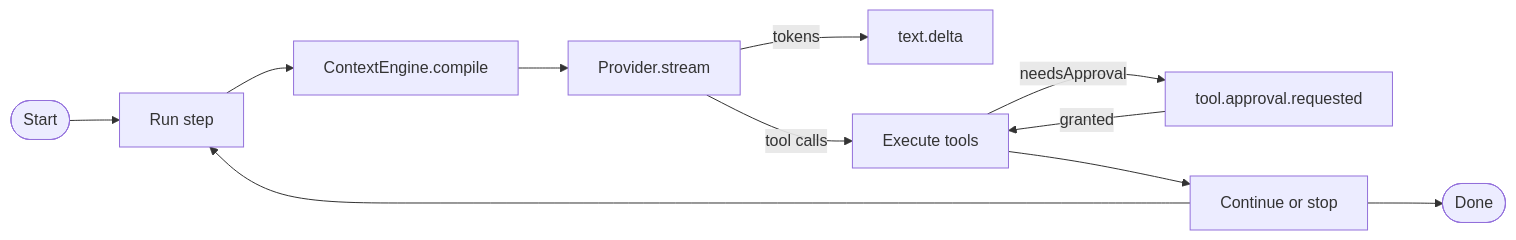
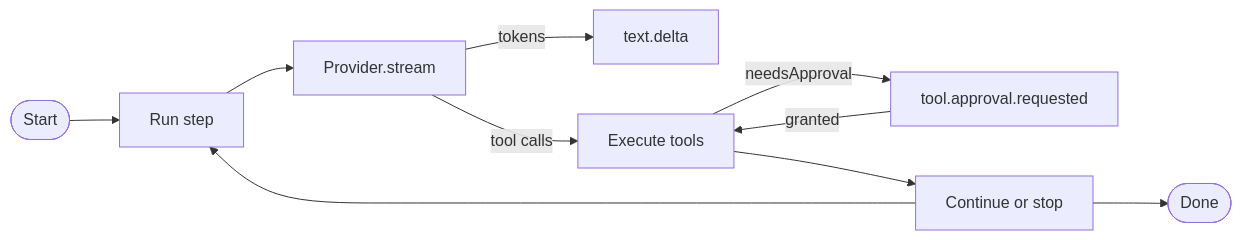
Before and after one commit to o-stepper/graphorin: the first of 2 diagrams in documentation/guide/agent-runtime.md, drawn with Mermaid. The commit also changed other lines of this file and 111 other files, not shown here.

````diff
--- a/documentation/guide/agent-runtime.md
+++ b/documentation/guide/agent-runtime.md
@@ -96,13 +96,12 @@
 ```mermaid
 flowchart LR
     Start([Start]) --> Step[Run step]
-    Step --> Compile[ContextEngine.compile]
-    Compile --> Stream[Provider.stream]
+    Step --> Stream[Provider.stream]
     Stream -->|tokens| Out[text.delta]
     Stream -->|tool calls| Tools[Execute tools]
     Tools -->|needsApproval| Approval[tool.approval.requested]
     Approval -->|granted| Tools
     Tools --> Continue[Continue or stop]
     Continue --> Step
     Continue --> Done([Done])
 ```
````
